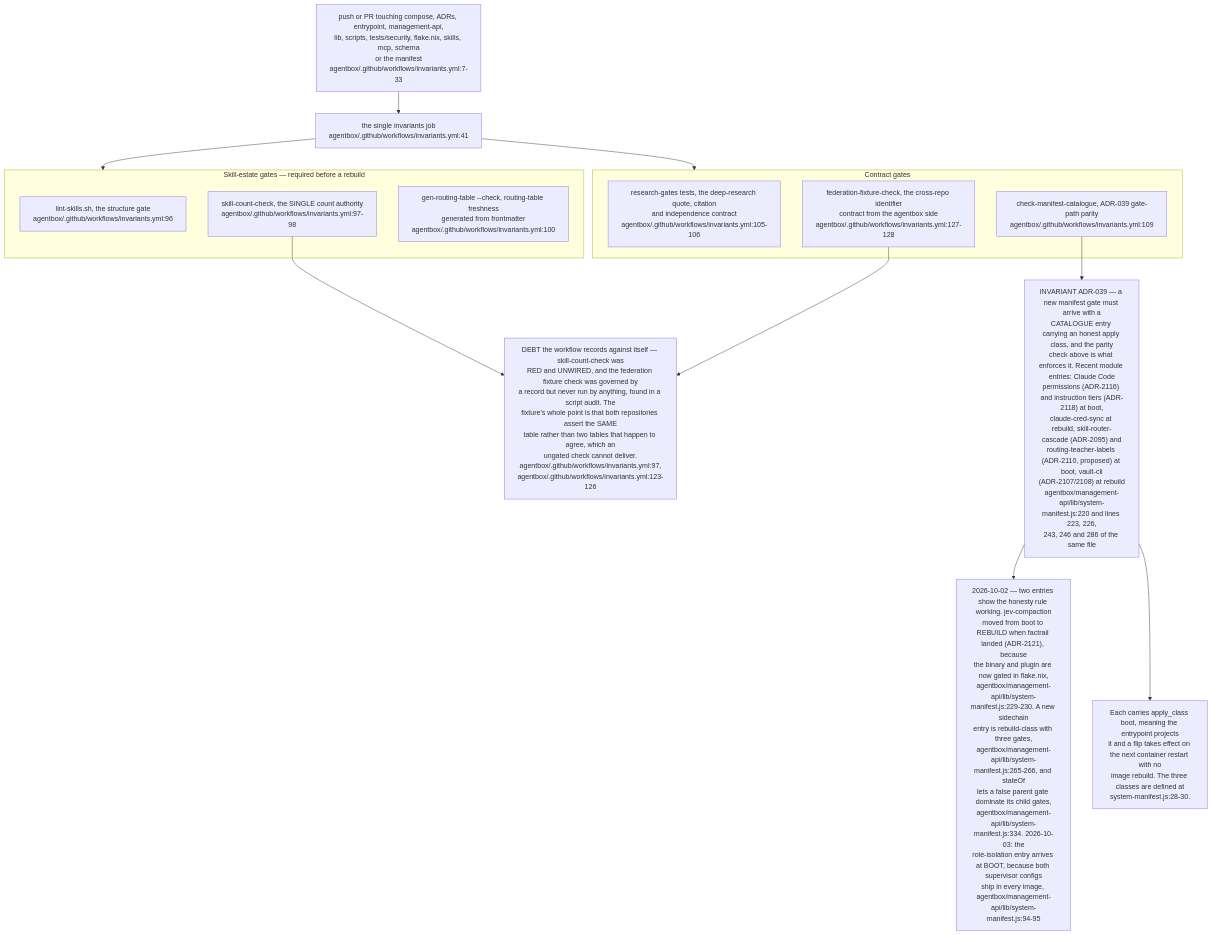
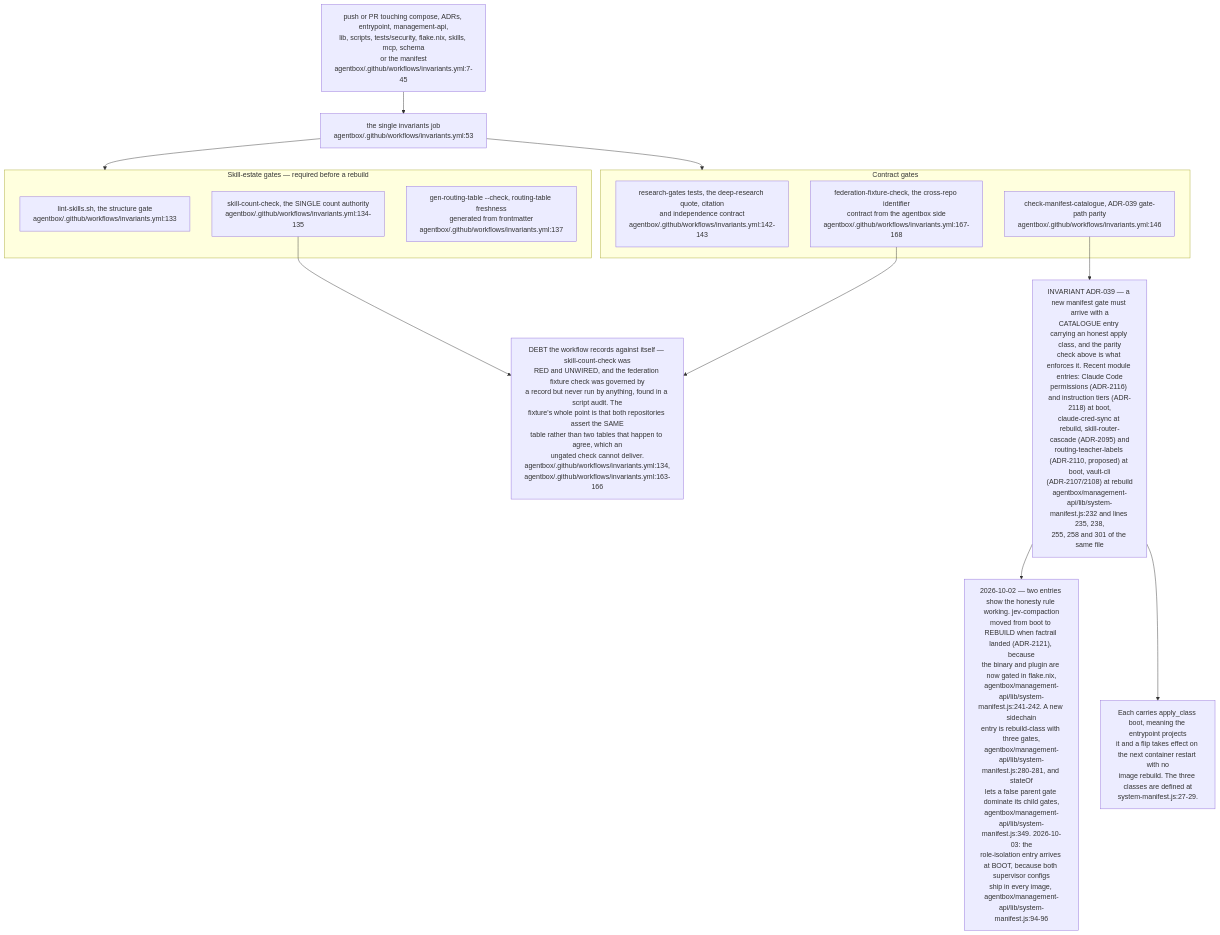
One commit to DreamLab-AI/VisionFlow changed diagram 22 of 24 in docs/diagrams/estate/09-build-deploy-and-ci-estate.md. Above: the diagram before and after it, drawn with Mermaid. The commit also changed other lines of this file and 111 other files, not shown here.

Commit message:
docs(diagrams): align estate maps with current source

````diff
--- a/docs/diagrams/estate/09-build-deploy-and-ci-estate.md
+++ b/docs/diagrams/estate/09-build-deploy-and-ci-estate.md
@@ -735,32 +745,32 @@
 ```mermaid
 flowchart TB
-    TRIG["push or PR touching compose, ADRs, entrypoint, management-api,<br/>lib, scripts, tests/security, flake.nix, skills, mcp, schema<br/>or the manifest<br/>agentbox/.github/workflows/invariants.yml:7-33"]
-    JOB["the single invariants job<br/>agentbox/.github/workflows/invariants.yml:41"]
+    TRIG["push or PR touching compose, ADRs, entrypoint, management-api,<br/>lib, scripts, tests/security, flake.nix, skills, mcp, schema<br/>or the manifest<br/>agentbox/.github/workflows/invariants.yml:7-45"]
+    JOB["the single invariants job<br/>agentbox/.github/workflows/invariants.yml:53"]
     TRIG --> JOB
 
     subgraph SKILLS["Skill-estate gates — required before a rebuild"]
-        S1["lint-skills.sh, the structure gate<br/>agentbox/.github/workflows/invariants.yml:96"]
-        S2["skill-count-check, the SINGLE count authority<br/>agentbox/.github/workflows/invariants.yml:97-98"]
-        S3["gen-routing-table --check, routing-table freshness<br/>generated from frontmatter<br/>agentbox/.github/workflows/invariants.yml:100"]
+        S1["lint-skills.sh, the structure gate<br/>agentbox/.github/workflows/invariants.yml:133"]
+        S2["skill-count-check, the SINGLE count authority<br/>agentbox/.github/workflows/invariants.yml:134-135"]
+        S3["gen-routing-table --check, routing-table freshness<br/>generated from frontmatter<br/>agentbox/.github/workflows/invariants.yml:137"]
     end
     JOB --> SKILLS
 
     subgraph CONTRACT["Contract gates"]
-        C1["research-gates tests, the deep-research quote, citation<br/>and independence contract<br/>agentbox/.github/workflows/invariants.yml:105-106"]
-        C2["check-manifest-catalogue, ADR-039 gate-path parity<br/>agentbox/.github/workflows/invariants.yml:109"]
-        C3["federation-fixture-check, the cross-repo identifier<br/>contract from the agentbox side<br/>agentbox/.github/workflows/invariants.yml:127-128"]
+        C1["research-gates tests, the deep-research quote, citation<br/>and independence contract<br/>agentbox/.github/workflows/invariants.yml:142-143"]
+        C2["check-manifest-catalogue, ADR-039 gate-path parity<br/>agentbox/.github/workflows/invariants.yml:146"]
+        C3["federation-fixture-check, the cross-repo identifier<br/>contract from the agentbox side<br/>agentbox/.github/workflows/invariants.yml:167-168"]
     end
     JOB --> CONTRACT
 
-    DEBT["DEBT the workflow records against itself — skill-count-check was<br/>RED and UNWIRED, and the federation fixture check was governed by<br/>a record but never run by anything, found in a script audit. The<br/>fixture's whole point is that both repositories assert the SAME<br/>table rather than two tables that happen to agree, which an<br/>ungated check cannot deliver.<br/>agentbox/.github/workflows/invariants.yml:97,<br/>agentbox/.github/workflows/invariants.yml:123-126"]
+    DEBT["DEBT the workflow records against itself — skill-count-check was<br/>RED and UNWIRED, and the federation fixture check was governed by<br/>a record but never run by anything, found in a script audit. The<br/>fixture's whole point is that both repositories assert the SAME<br/>table rather than two tables that happen to agree, which an<br/>ungated check cannot deliver.<br/>agentbox/.github/workflows/invariants.yml:134,<br/>agentbox/.github/workflows/invariants.yml:163-166"]
     S2 --> DEBT
     C3 --> DEBT
 
-    CAT["INVARIANT ADR-039 — a new manifest gate must arrive with a<br/>CATALOGUE entry carrying an honest apply class, and the parity<br/>check above is what enforces it. Recent module entries: Claude Code<br/>permissions (ADR-2116) and instruction tiers (ADR-2118) at boot,<br/>claude-cred-sync at rebuild, skill-router-cascade (ADR-2095) and<br/>routing-teacher-labels (ADR-2110, proposed) at boot, vault-cli<br/>(ADR-2107/2108) at rebuild<br/>agentbox/management-api/lib/system-manifest.js:220 and lines 223, 226,<br/>243, 246 and 286 of the same file"]
-    HONEST["2026-10-02 — two entries show the honesty rule working. jev-compaction<br/>moved from boot to REBUILD when factrail landed (ADR-2121), because<br/>the binary and plugin are now gated in flake.nix,<br/>agentbox/management-api/lib/system-manifest.js:229-230. A new sidechain<br/>entry is rebuild-class with three gates,<br/>agentbox/management-api/lib/system-manifest.js:265-266, and stateOf<br/>lets a false parent gate dominate its child gates,<br/>agentbox/management-api/lib/system-manifest.js:334. 2026-10-03: the<br/>role-isolation entry arrives at BOOT, because both supervisor configs<br/>ship in every image, agentbox/management-api/lib/system-manifest.js:94-95"]
+    CAT["INVARIANT ADR-039 — a new manifest gate must arrive with a<br/>CATALOGUE entry carrying an honest apply class, and the parity<br/>check above is what enforces it. Recent module entries: Claude Code<br/>permissions (ADR-2116) and instruction tiers (ADR-2118) at boot,<br/>claude-cred-sync at rebuild, skill-router-cascade (ADR-2095) and<br/>routing-teacher-labels (ADR-2110, proposed) at boot, vault-cli<br/>(ADR-2107/2108) at rebuild<br/>agentbox/management-api/lib/system-manifest.js:232 and lines 235, 238,<br/>255, 258 and 301 of the same file"]
+    HONEST["2026-10-02 — two entries show the honesty rule working. jev-compaction<br/>moved from boot to REBUILD when factrail landed (ADR-2121), because<br/>the binary and plugin are now gated in flake.nix,<br/>agentbox/management-api/lib/system-manifest.js:241-242. A new sidechain<br/>entry is rebuild-class with three gates,<br/>agentbox/management-api/lib/system-manifest.js:280-281, and stateOf<br/>lets a false parent gate dominate its child gates,<br/>agentbox/management-api/lib/system-manifest.js:349. 2026-10-03: the<br/>role-isolation entry arrives at BOOT, because both supervisor configs<br/>ship in every image, agentbox/management-api/lib/system-manifest.js:94-96"]
     CAT --> HONEST
     C2 --> CAT
 
-    CLASS["Each carries apply_class boot, meaning the entrypoint projects<br/>it and a flip takes effect on the next container restart with no<br/>image rebuild. The three classes are defined at<br/>system-manifest.js:28-30."]
+    CLASS["Each carries apply_class boot, meaning the entrypoint projects<br/>it and a flip takes effect on the next container restart with no<br/>image rebuild. The three classes are defined at<br/>system-manifest.js:27-29."]
     CAT --> CLASS
 ```
````
